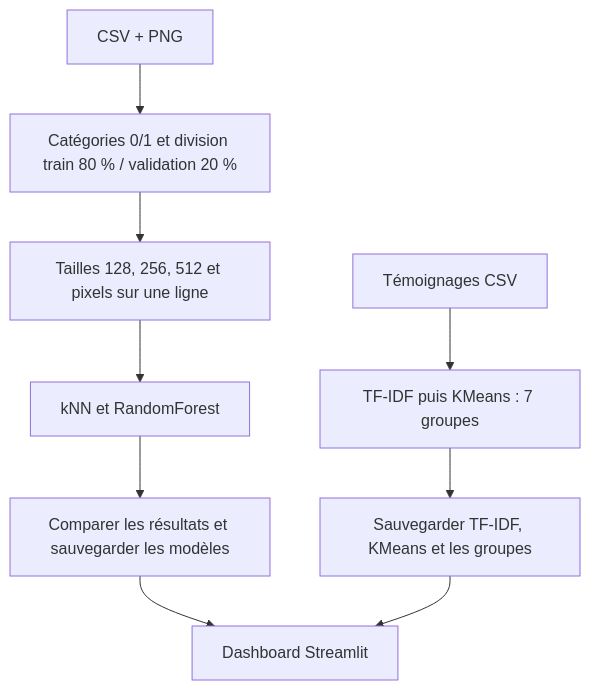
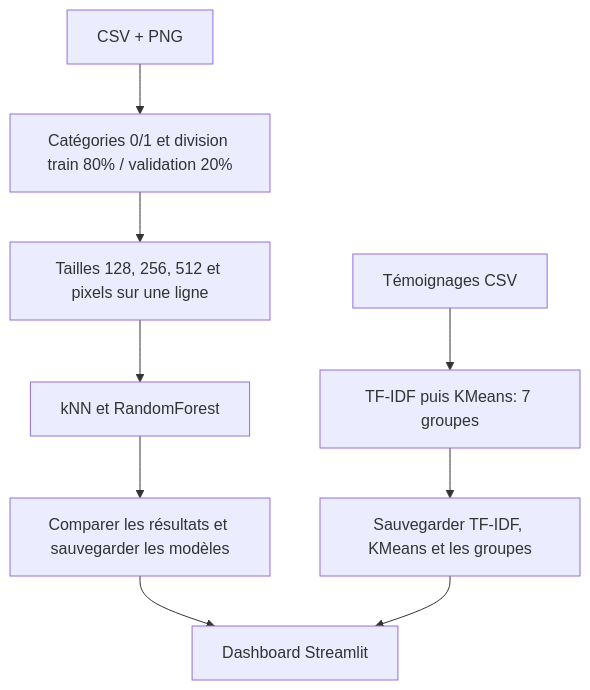
The diagram in README.md (AlexandrG1209/cvrie), drawn with Mermaid before and after one commit. The commit also changed other lines of this file and 1 other file, not shown here.

````diff
--- a/README.md
+++ b/README.md
@@ -5,11 +5,11 @@
 ```mermaid
 flowchart TD
-    A[CSV + PNG] --> B[Catégories 0/1 et division train 80 % / validation 20 %]
+    A[CSV + PNG] --> B[Catégories 0/1 et division train 80% / validation 20%]
     B --> C[Tailles 128, 256, 512 et pixels sur une ligne]
     C --> D[kNN et RandomForest]
     D --> E[Comparer les résultats et sauvegarder les modèles]
     E --> F[Dashboard Streamlit]
-    G[Témoignages CSV] --> H[TF-IDF puis KMeans : 7 groupes]
+    G[Témoignages CSV] --> H[TF-IDF puis KMeans: 7 groupes]
     H --> I[Sauvegarder TF-IDF, KMeans et les groupes]
     I --> F
 ```
````
